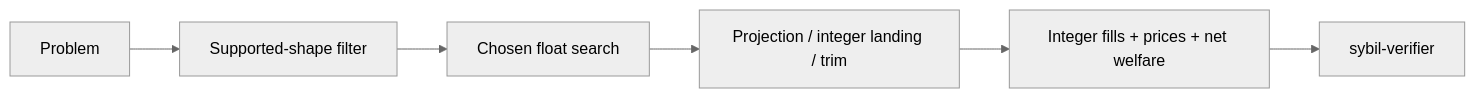
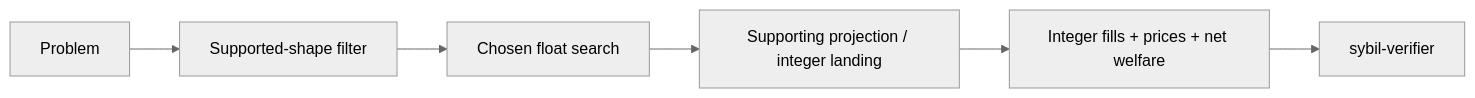
The diagram in docs/architecture/02-matching/Solver Landscape.md (MetaB0y/sybil), drawn with Mermaid (neutral theme) before and after one commit. The commit also changed other lines of this file and 22 other files, not shown here.

````diff
--- a/docs/architecture/02-matching/Solver Landscape.md
+++ b/docs/architecture/02-matching/Solver Landscape.md
@@ -29,8 +30,8 @@
 ```mermaid
 flowchart LR
     P["Problem"] --> FILTER["Supported-shape filter"]
     FILTER --> SEARCH["Chosen float search"]
-    SEARCH --> LAND["Projection / integer landing / trim"]
+    SEARCH --> LAND["Supporting projection / integer landing"]
     LAND --> INT["Integer fills + prices + net welfare"]
     INT --> VERIFY["sybil-verifier"]
 ```
````
